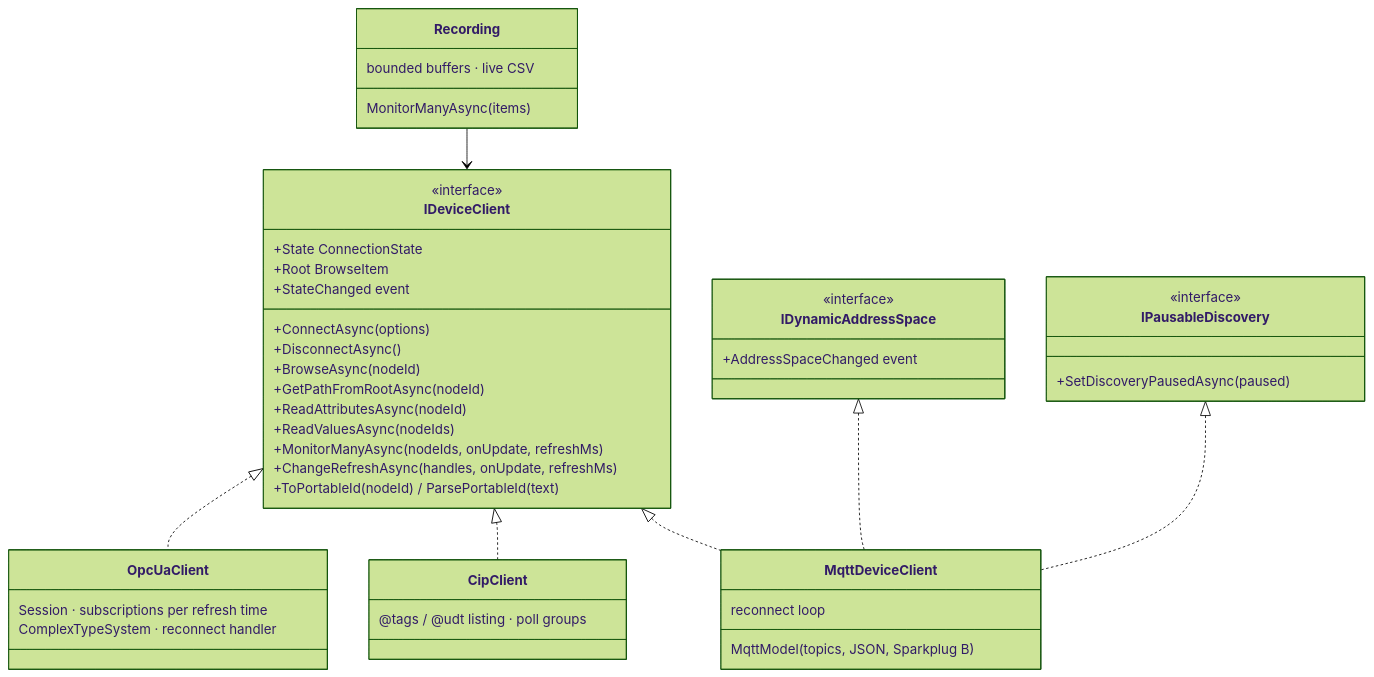
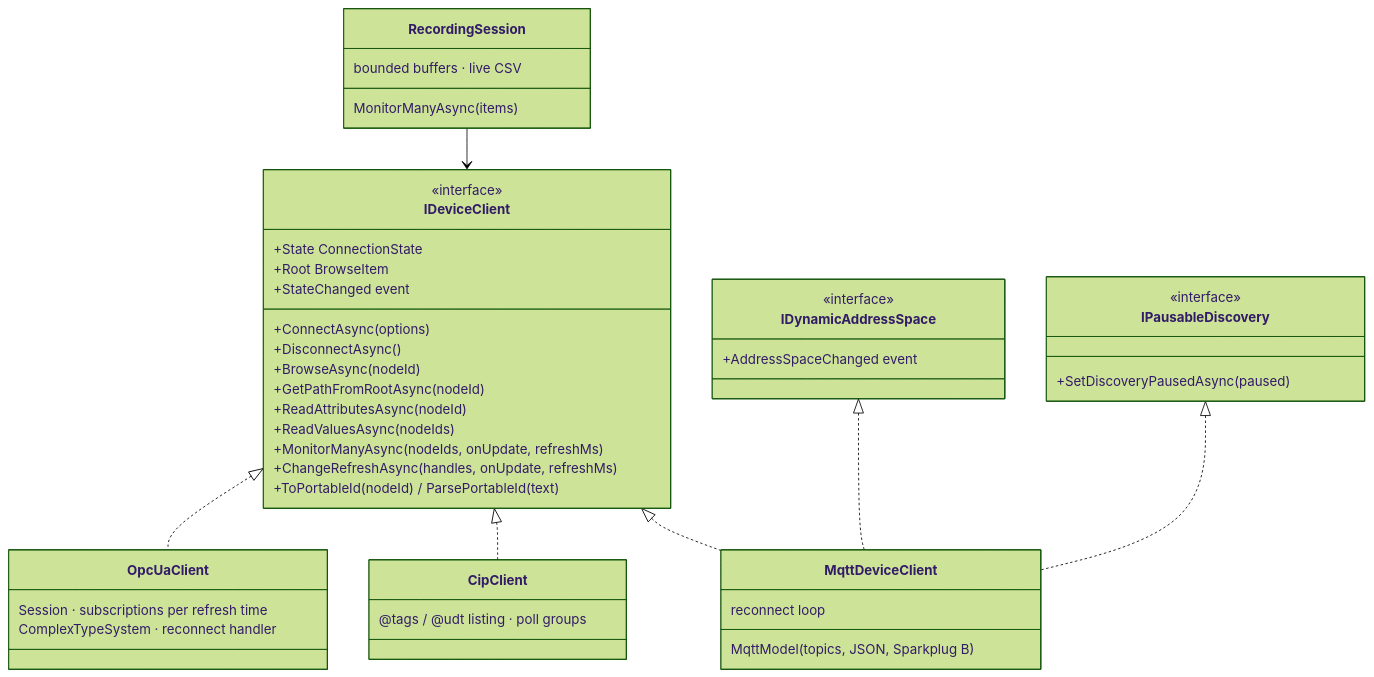
Before and after one commit to ZaoralJ/MachineDataBrowser: the second of 5 diagrams in docs/architecture.md, drawn with Mermaid (forest theme). The commit also changed other lines of this file and 73 other files, not shown here.

````diff
--- a/docs/architecture.md
+++ b/docs/architecture.md
@@ -101,47 +104,47 @@
 ```mermaid
 classDiagram
     class IDeviceClient {
         <<interface>>
         +State ConnectionState
         +Root BrowseItem
         +ConnectAsync(options)
         +DisconnectAsync()
         +BrowseAsync(nodeId)
         +GetPathFromRootAsync(nodeId)
         +ReadAttributesAsync(nodeId)
         +ReadValuesAsync(nodeIds)
         +MonitorManyAsync(nodeIds, onUpdate, refreshMs)
         +ChangeRefreshAsync(handles, onUpdate, refreshMs)
         +ToPortableId(nodeId) / ParsePortableId(text)
         +StateChanged event
     }
     class IDynamicAddressSpace {
         <<interface>>
         +AddressSpaceChanged event
     }
     class IPausableDiscovery {
         <<interface>>
         +SetDiscoveryPausedAsync(paused)
     }
     class OpcUaClient {
         Session · subscriptions per refresh time
         ComplexTypeSystem · reconnect handler
     }
     class CipClient {
         @tags / @udt listing · poll groups
     }
     class MqttDeviceClient {
         MqttModel (topics, JSON, Sparkplug B)
         reconnect loop
     }
     IDeviceClient <|.. OpcUaClient
     IDeviceClient <|.. CipClient
     IDeviceClient <|.. MqttDeviceClient
     IDynamicAddressSpace <|.. MqttDeviceClient
     IPausableDiscovery <|.. MqttDeviceClient
-    class Recording {
+    class RecordingSession {
         MonitorManyAsync(items)
         bounded buffers · live CSV
     }
-    Recording --> IDeviceClient
+    RecordingSession --> IDeviceClient
 ```
````
